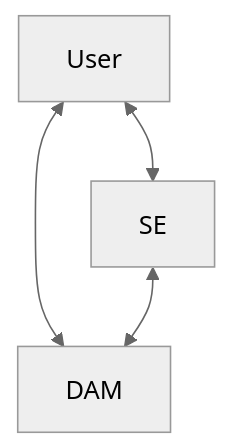
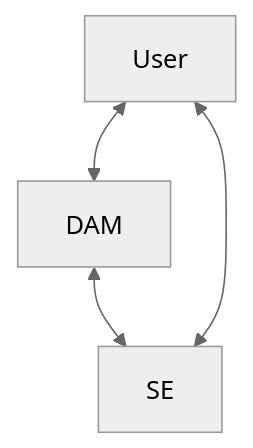
One commit to INN-SFU/Data-Portal changed the diagram in README.md. Above: the diagram before and after it, drawn with Mermaid (neutral theme). The commit also changed other lines of this file, not shown here.

````diff
--- a/README.md
+++ b/README.md
@@ -19,6 +19,6 @@
 ```mermaid
 graph TD;
     User<-->DAM;
-    SE<-->DAM;
+    DAM<-->SE;
     User<-->SE;
 ```
````
